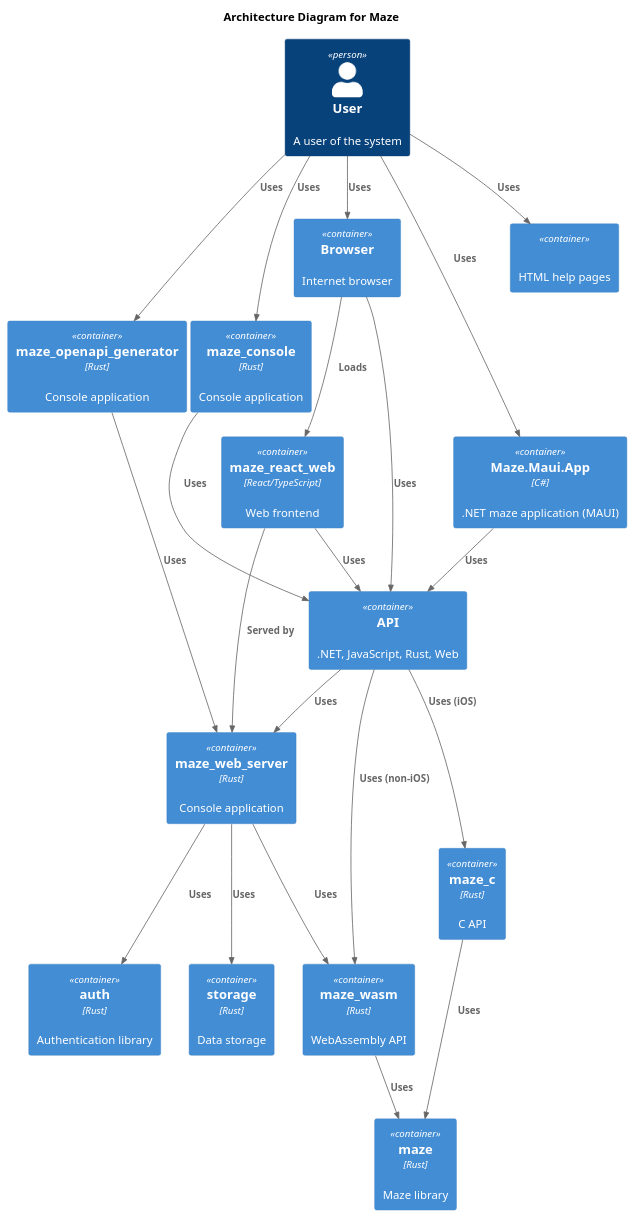
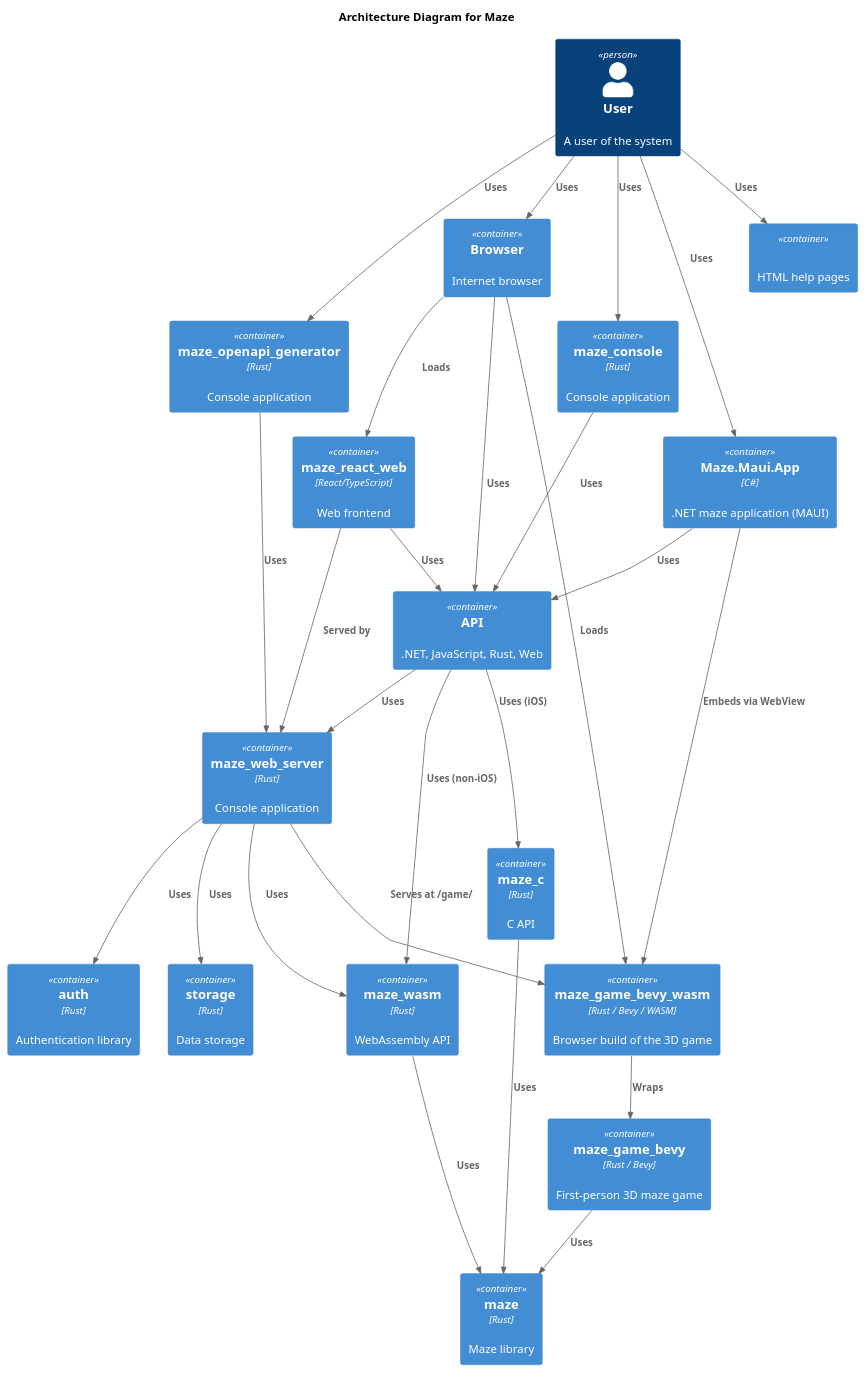
Before and after one commit to budgiedownunder/maze: the diagram in docs/diagrams/architecture.puml, drawn with PlantUML. The commit also changed 12 other files, not shown here.

Commit message:
ocs: document first-person 3D maze game across all READMEs and architecture diagrams; add 3D gameplay screenshots/GIF

```diff
--- a/docs/diagrams/architecture.puml
+++ b/docs/diagrams/architecture.puml
@@ -2,44 +2,51 @@
-@startuml
+@startuml architecture
 
 !include https://raw.githubusercontent.com/plantuml-stdlib/C4-PlantUML/master/C4_Container.puml
 
 title Architecture Diagram for Maze
 
 Person(user, "User", "A user of the system")
 
 Container(api, "API", "", ".NET, JavaScript, Rust, Web")
 Container(auth, "auth", "Rust", "Authentication library")
 Container(browser, "Browser", "", "Internet browser")
 Container(html_help, "", "", "HTML help pages")
 Container(maze, "maze", "Rust", "Maze library")
 Container(maze_c, "maze_c", "Rust", "C API")
 Container(maze_console, "maze_console", "Rust", "Console application")
+Container(maze_game_bevy, "maze_game_bevy", "Rust / Bevy", "First-person 3D maze game")
+Container(maze_game_bevy_wasm, "maze_game_bevy_wasm", "Rust / Bevy / WASM", "Browser build of the 3D game")
 Container(maze_maui_app_net, "Maze.Maui.App", "C#", ".NET maze application (MAUI)")
 Container(maze_openapi_generator, "maze_openapi_generator", "Rust", "Console application")
 Container(maze_wasm, "maze_wasm", "Rust", "WebAssembly API")
 Container(maze_react_web, "maze_react_web", "React/TypeScript", "Web frontend")
 Container(maze_web_server, "maze_web_server", "Rust", "Console application")
 Container(storage, "storage", "Rust", "Data storage")
 
 Rel(user, browser, "Uses")
 Rel(maze_react_web, maze_web_server, "Served by")
 Rel(user, html_help, "Uses")
 Rel(user, maze_console, "Uses")
 Rel(user, maze_maui_app_net, "Uses")
 Rel(user, maze_openapi_generator, "Uses")
 Rel(browser, api, "Uses")
 Rel(browser, maze_react_web, "Loads")
 Rel(maze_react_web, api, "Uses")
 Rel(maze_console, api, "Uses")
 Rel(maze_maui_app_net, api, "Uses")
 Rel(maze_openapi_generator, maze_web_server, "Uses")
 Rel(maze_c, maze, "Uses")
 Rel(maze_wasm, maze, "Uses")
 Rel(api, maze_wasm, "Uses (non-iOS)")
 Rel(api, maze_c, "Uses (iOS)")
 Rel(api, maze_web_server, "Uses")
 Rel(maze_web_server, maze_wasm, "Uses")
 Rel(maze_web_server, auth, "Uses")
 Rel(maze_web_server, storage, "Uses")
+Rel(maze_game_bevy, maze, "Uses")
+Rel(maze_game_bevy_wasm, maze_game_bevy, "Wraps")
+Rel(maze_web_server, maze_game_bevy_wasm, "Serves at /game/")
+Rel(browser, maze_game_bevy_wasm, "Loads")
+Rel(maze_maui_app_net, maze_game_bevy_wasm, "Embeds via WebView")
 
 @enduml
```
